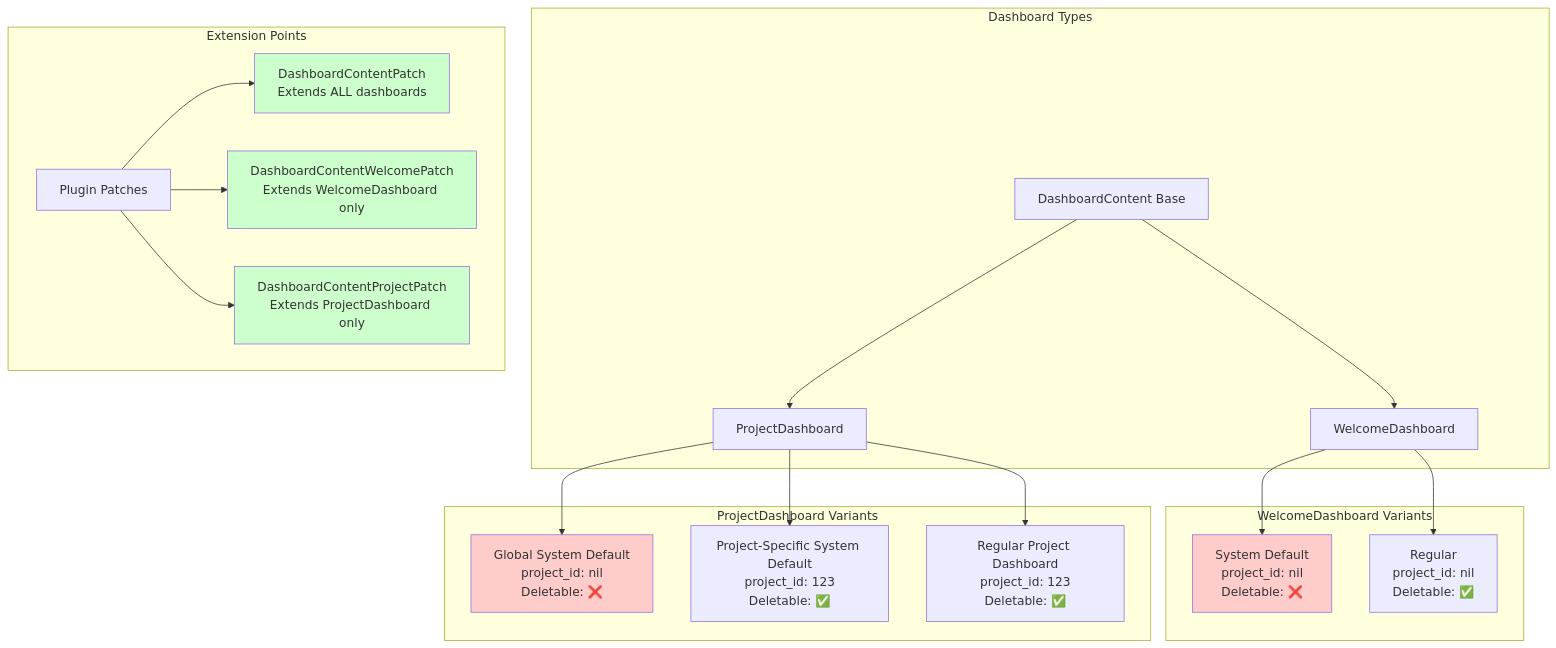
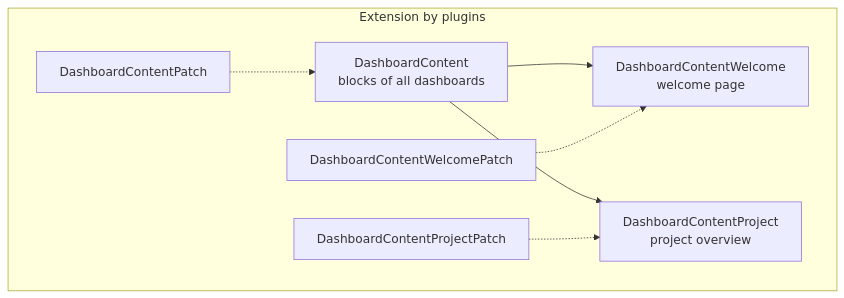
One commit to alphanodes/additionals changed the diagram in docs/dashboards.md. Above: the diagram before and after it, drawn with Mermaid. The commit also changed other lines of this file and 8 other files, not shown here.

Commit message:
Remove chart helpers no chart uses any more, check that no view draws a chart itself and restructure the dashboard and chart guides

````diff
--- a/docs/dashboards.md
+++ b/docs/dashboards.md
@@ -16,35 +5,11 @@
 ```mermaid
 graph TD
-    subgraph "Dashboard Types"
-        DC[DashboardContent Base]
-        WD[WelcomeDashboard]
-        PD[ProjectDashboard]
+    DC[DashboardContent<br/>blocks of all dashboards] --> WD[DashboardContentWelcome<br/>welcome page]
+    DC --> PD[DashboardContentProject<br/>project overview]
 
-        DC --> WD
-        DC --> PD
+    subgraph "Extension by plugins"
+        P1[DashboardContentPatch] -.-> DC
+        P2[DashboardContentWelcomePatch] -.-> WD
+        P3[DashboardContentProjectPatch] -.-> PD
     end
-
-    subgraph "WelcomeDashboard Variants"
-        WD --> WSD[System Default<br/>project_id: nil<br/>Deletable: ❌]
-        WD --> WRD[Regular<br/>project_id: nil<br/>Deletable: ✅]
-    end
-
-    subgraph "ProjectDashboard Variants"
-        PD --> PGSD[Global System Default<br/>project_id: nil<br/>Deletable: ❌]
-        PD --> PPSD[Project-Specific System Default<br/>project_id: 123<br/>Deletable: ✅]
-        PD --> PRD[Regular Project Dashboard<br/>project_id: 123<br/>Deletable: ✅]
-    end
-
-    subgraph "Extension Points"
-        EXT[Plugin Patches]
-        EXT --> DCPATCH[DashboardContentPatch<br/>Extends ALL dashboards]
-        EXT --> WDPATCH[DashboardContentWelcomePatch<br/>Extends WelcomeDashboard only]
-        EXT --> PDPATCH[DashboardContentProjectPatch<br/>Extends ProjectDashboard only]
-    end
-
-    style PGSD fill:#ffcccc
-    style WSD fill:#ffcccc
-    style DCPATCH fill:#ccffcc
-    style WDPATCH fill:#ccffcc
-    style PDPATCH fill:#ccffcc
 ```
````
